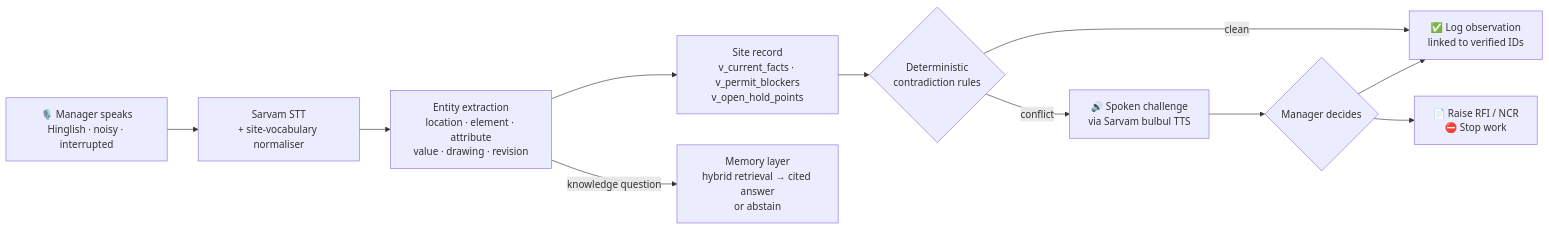
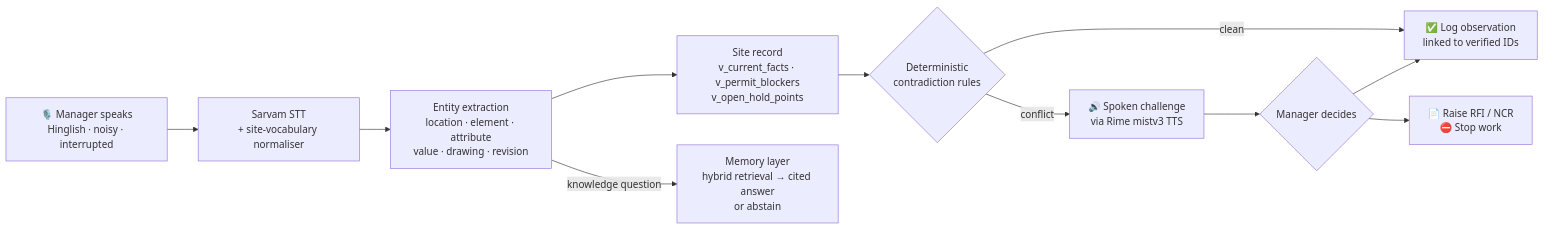
Before and after one commit to atharvavdeo/vesper-ai: the first of 3 diagrams in README.md, drawn with Mermaid. The commit also changed other lines of this file and 1 other file, not shown here.

Commit message:
Documented Rime as the live voice output and Sarvam as the web TTS

````diff
--- a/README.md
+++ b/README.md
@@ -88,13 +88,13 @@
 ```mermaid
 flowchart LR
     A["🎙️ Manager speaks<br/>Hinglish · noisy · interrupted"] --> S["Sarvam STT<br/>+ site-vocabulary normaliser"]
     S --> B["Entity extraction<br/>location · element · attribute<br/>value · drawing · revision"]
     B --> C["Site record<br/>v_current_facts · v_permit_blockers<br/>v_open_hold_points"]
     C --> D{"Deterministic<br/>contradiction rules"}
     D -->|clean| E["✅ Log observation<br/>linked to verified IDs"]
-    D -->|conflict| F["🔊 Spoken challenge<br/>via Sarvam bulbul TTS"]
+    D -->|conflict| F["🔊 Spoken challenge<br/>via Rime mistv3 TTS"]
     F --> G{"Manager decides"}
     G --> E
     G --> H["📄 Raise RFI / NCR<br/>⛔ Stop work"]
     B -->|knowledge question| M["Memory layer<br/>hybrid retrieval → cited answer<br/>or abstain"]
 ```
````
